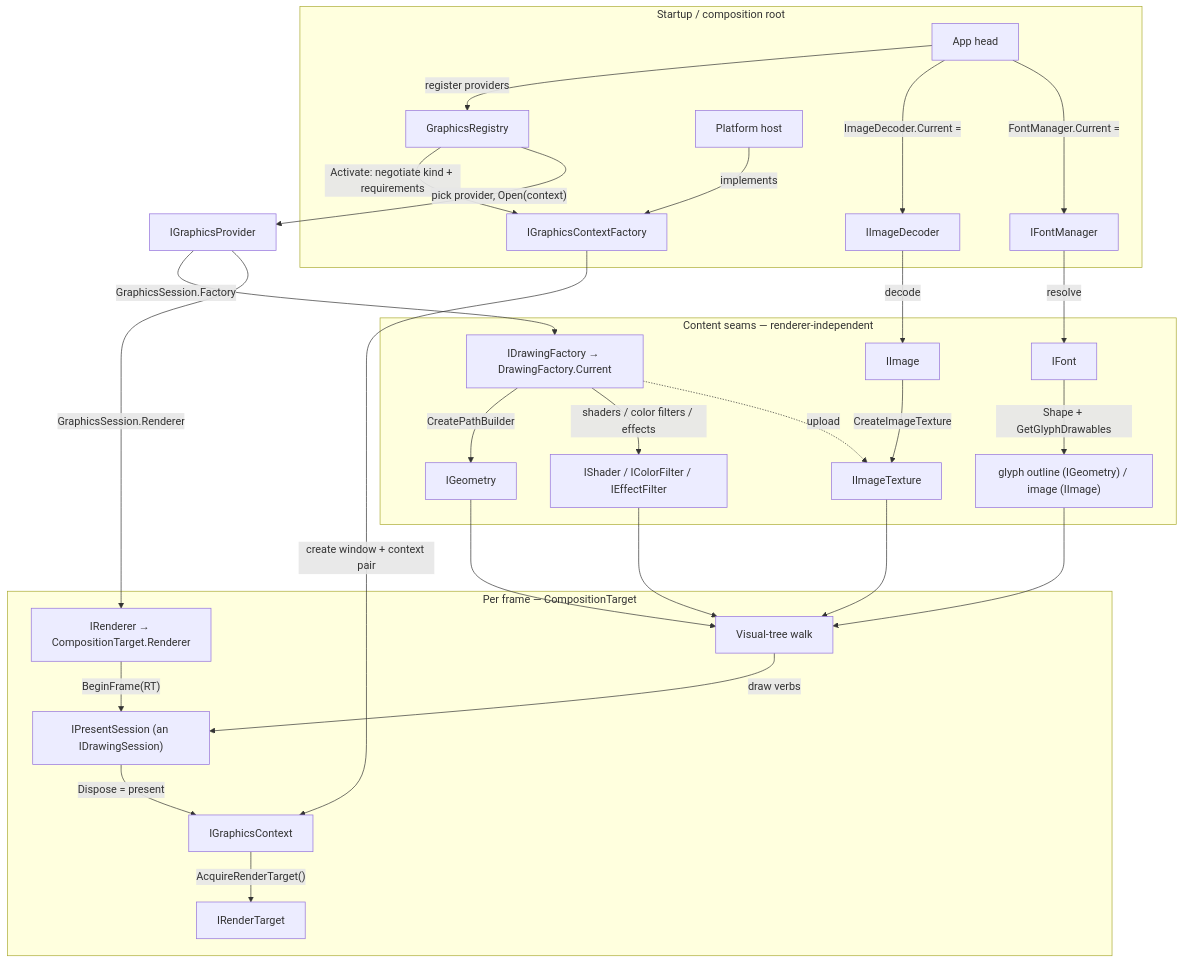
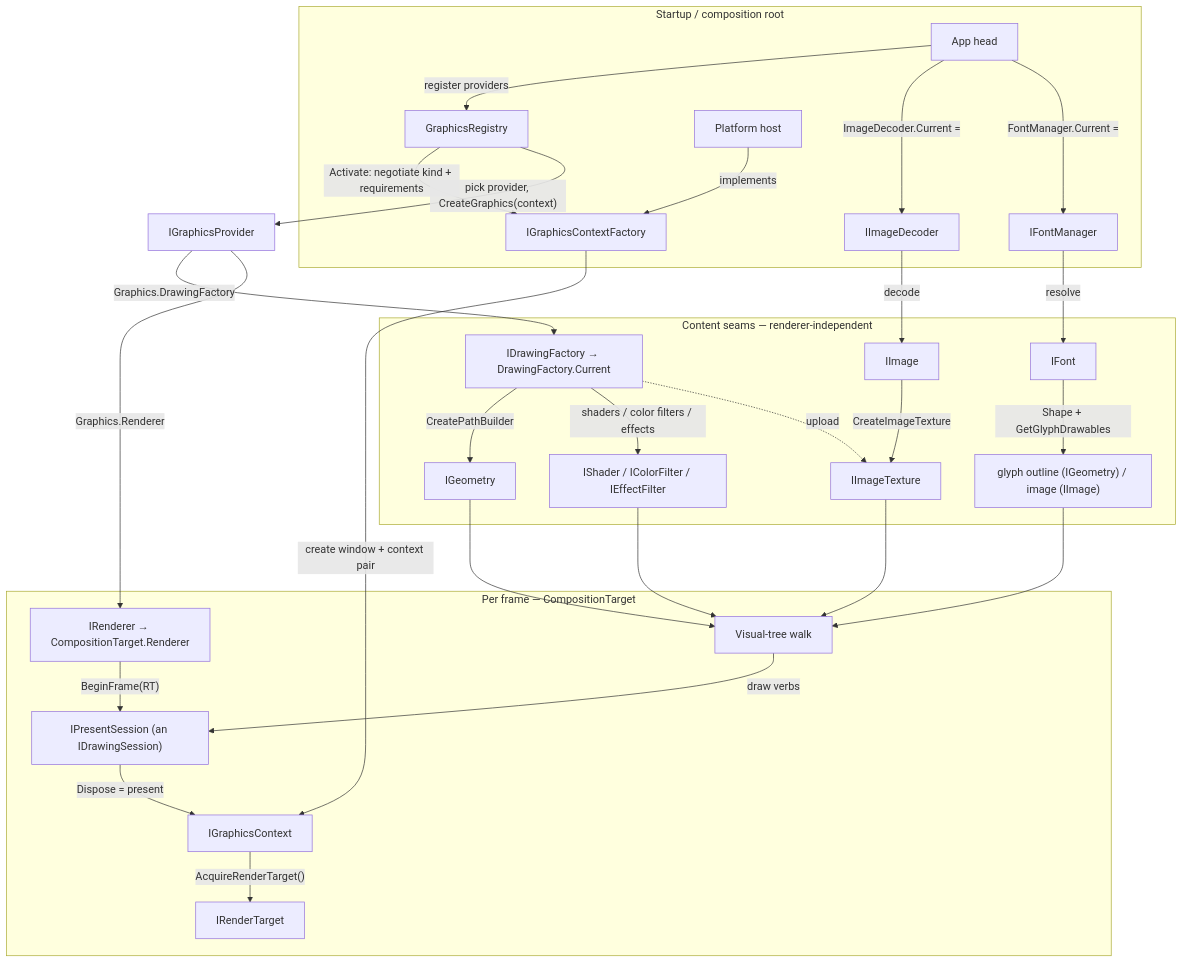
Before and after one commit to unoplatform/uno: the diagram in doc/uno-drawing-backend-design.md, drawn with Mermaid. The commit also changed other lines of this file, not shown here.

First line of the commit message:
docs(drawing-backend): rename GraphicsSession→Graphics, Open→CreateGraphics, .Factory→.DrawingFactory

````diff
--- a/doc/uno-drawing-backend-design.md
+++ b/doc/uno-drawing-backend-design.md
@@ -79,37 +79,37 @@
 ```mermaid
 flowchart TB
   subgraph Startup["Startup / composition root"]
     App["App head"] -->|"register providers"| Reg["GraphicsRegistry"]
     App -->|"ImageDecoder.Current ="| Dec["IImageDecoder"]
     App -->|"FontManager.Current ="| FM["IFontManager"]
     Host["Platform host"] -->|"implements"| CF["IGraphicsContextFactory"]
   end
 
   Reg -->|"Activate: negotiate kind + requirements"| CF
   CF -->|"create window + context pair"| Ctx["IGraphicsContext"]
-  Reg -->|"pick provider, Open(context)"| Prov["IGraphicsProvider"]
-  Prov -->|"GraphicsSession.Factory"| Fac["IDrawingFactory → DrawingFactory.Current"]
-  Prov -->|"GraphicsSession.Renderer"| Ren["IRenderer → CompositionTarget.Renderer"]
+  Reg -->|"pick provider, CreateGraphics(context)"| Prov["IGraphicsProvider"]
+  Prov -->|"Graphics.DrawingFactory"| Fac["IDrawingFactory → DrawingFactory.Current"]
+  Prov -->|"Graphics.Renderer"| Ren["IRenderer → CompositionTarget.Renderer"]
 
   subgraph Frame["Per frame — CompositionTarget"]
     Ctx -->|"AcquireRenderTarget()"| RT["IRenderTarget"]
     Ren -->|"BeginFrame(RT)"| PS["IPresentSession (an IDrawingSession)"]
     Tree["Visual-tree walk"] -->|"draw verbs"| PS
     PS -->|"Dispose = present"| Ctx
   end
 
   subgraph Content["Content seams — renderer-independent"]
     Dec -->|"decode"| IMG["IImage"]
     IMG -->|"CreateImageTexture"| TEX["IImageTexture"]
     FM -->|"resolve"| Font["IFont"]
     Font -->|"Shape + GetGlyphDrawables"| GLY["glyph outline (IGeometry) / image (IImage)"]
     Fac -->|"CreatePathBuilder"| GEO["IGeometry"]
     Fac -->|"shaders / color filters / effects"| PNT["IShader / IColorFilter / IEffectFilter"]
   end
 
   Fac -.->|"upload"| TEX
   GEO --> Tree
   TEX --> Tree
   GLY --> Tree
   PNT --> Tree
 ```
````
